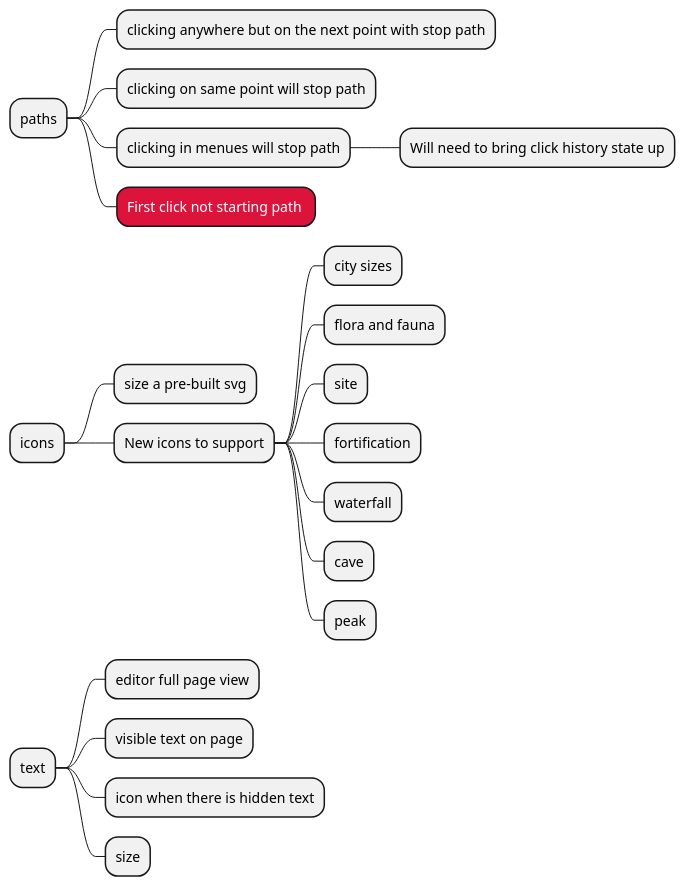
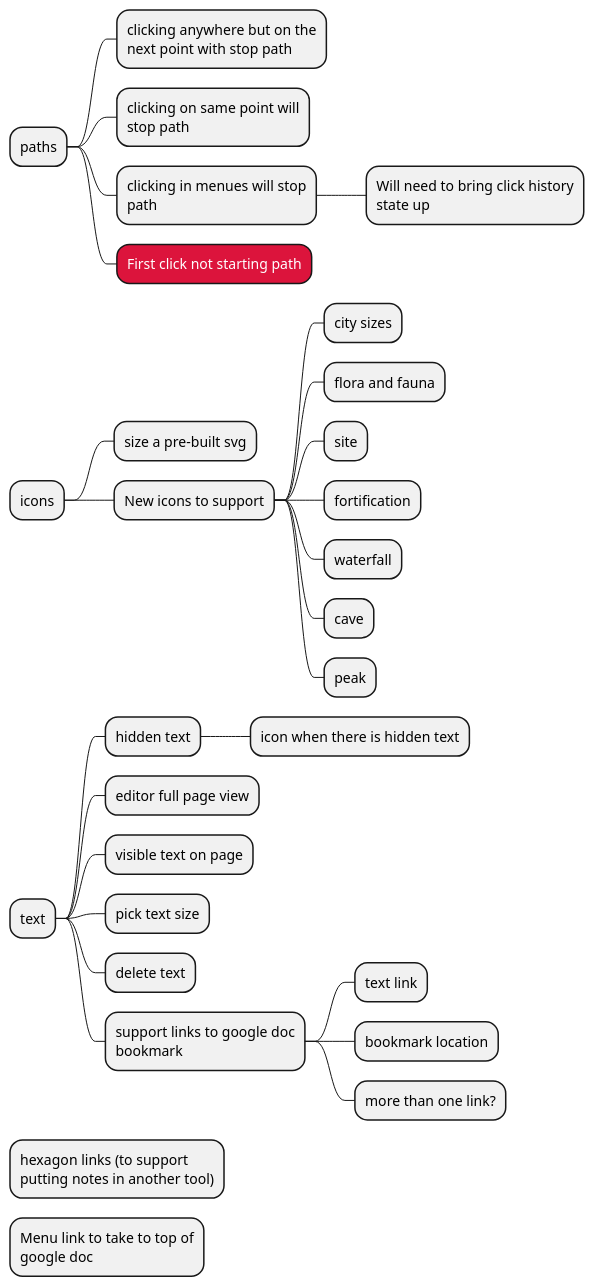
One commit to rpg-gen/rpg-gen.github.io changed the diagram in todo.puml. Above: the diagram before and after it, drawn with PlantUML.

```diff
--- a/todo.puml
+++ b/todo.puml
@@ -1,38 +1,51 @@
 @startmindmap
 
 <style>
 
 MindmapDiagram {
+  node {
+    MaximumWidth: 200
+  }
+
   .b {
     BackgroundColor: Crimson
     FontColor: White
   }
 }
 
 </style>
 
 * paths
 ** clicking anywhere but on the next point with stop path
 ** clicking on same point will stop path
 ** clicking in menues will stop path
 *** Will need to bring click history state up
 ** First click not starting path <<b>>
 
 * icons
 ** size a pre-built svg
 ** New icons to support
 *** city sizes
 *** flora and fauna
 *** site
 *** fortification
 *** waterfall
 *** cave
 *** peak
 
 * text
+** hidden text
+*** icon when there is hidden text
 ** editor full page view
 ** visible text on page
-** icon when there is hidden text
-** size
+** pick text size
+** delete text
+** support links to google doc bookmark
+*** text link
+*** bookmark location
+*** more than one link?
+
+* hexagon links (to support putting notes in another tool)
+* Menu link to take to top of google doc
 
 @endmindmap
```
